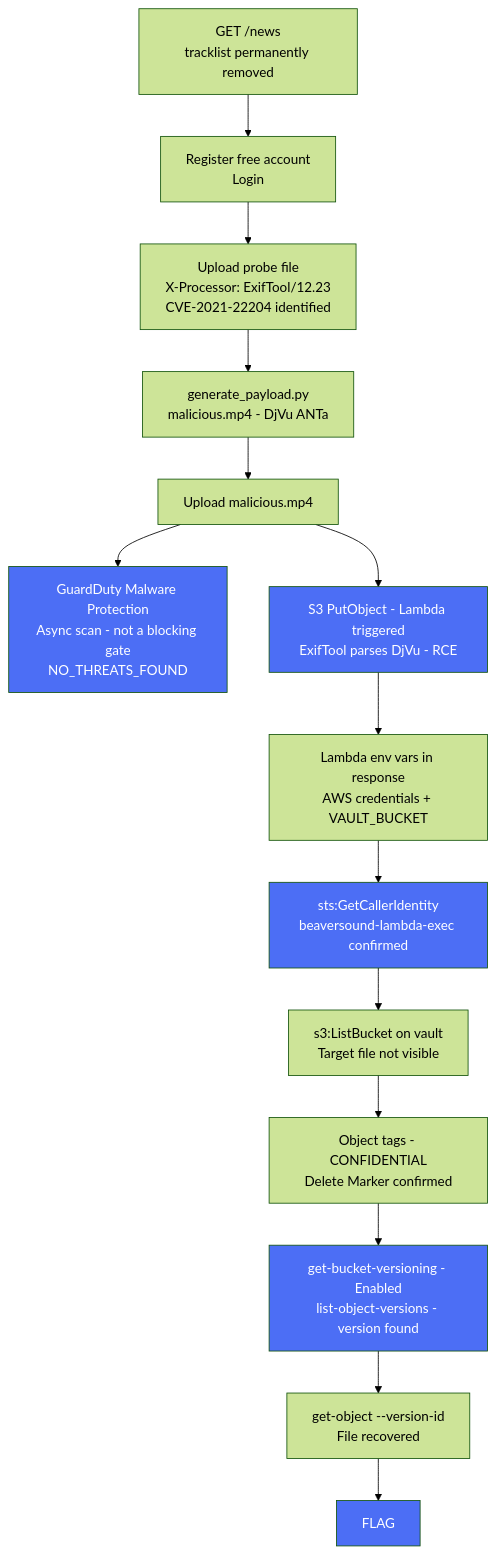
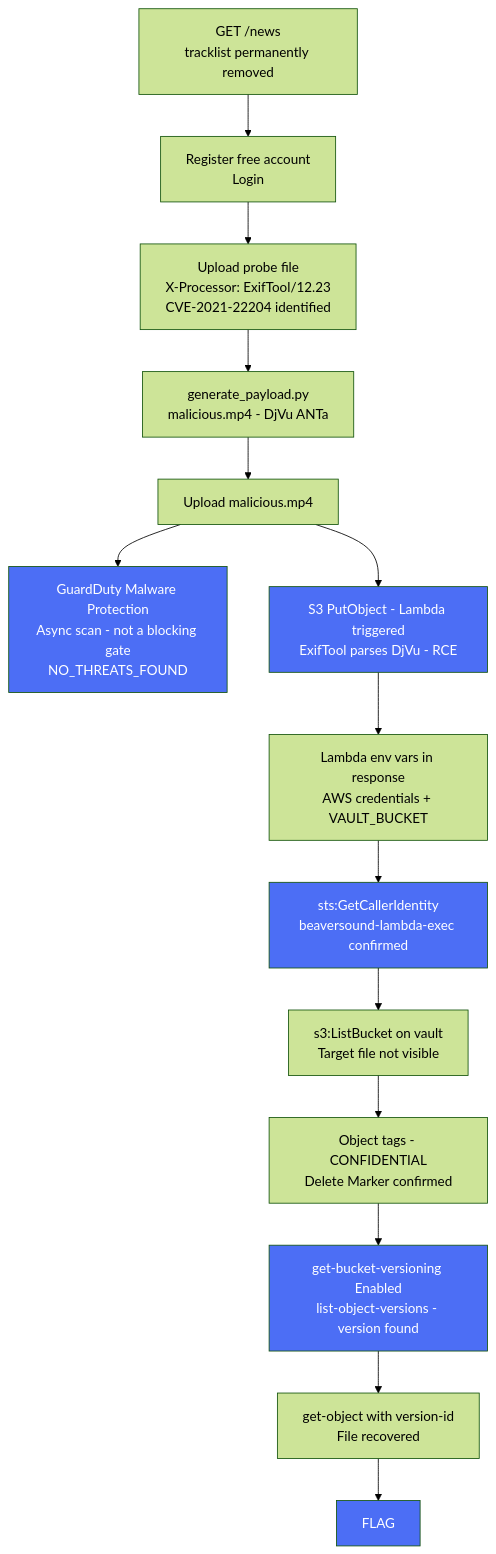
Before and after one commit to Beaver-Dam-Community/GnawLab: the diagram in scenarios/aws/07-cve/hidden-track/README.md, drawn with Mermaid (forest theme).

Commit message:
fix: wrap mermaid nodes in quotes and remove special chars

````diff
--- a/scenarios/aws/07-cve/hidden-track/README.md
+++ b/scenarios/aws/07-cve/hidden-track/README.md
@@ -72,22 +72,22 @@
 ```mermaid
 flowchart TB
-    A[GET /news<br/>tracklist permanently removed] --> B[Register free account<br/>Login]
-    B --> C[Upload probe file<br/>X-Processor: ExifTool/12.23<br/>CVE-2021-22204 identified]
-    C --> D[generate_payload.py<br/>malicious.mp4 - DjVu ANTa]
-    D --> E[Upload malicious.mp4]
-    E --> F[GuardDuty Malware Protection<br/>Async scan - not a blocking gate<br/>NO_THREATS_FOUND]
-    E --> G[S3 PutObject - Lambda triggered<br/>ExifTool parses DjVu - RCE]
-    G --> H[Lambda env vars in response<br/>AWS credentials + VAULT_BUCKET]
-    H --> I[sts:GetCallerIdentity<br/>beaversound-lambda-exec confirmed]
-    I --> J[s3:ListBucket on vault<br/>Target file not visible]
-    J --> K[Object tags - CONFIDENTIAL<br/>Delete Marker confirmed]
-    K --> L[get-bucket-versioning - Enabled<br/>list-object-versions - version found]
-    L --> M[get-object --version-id<br/>File recovered]
-    M --> N[FLAG]
+    A["GET /news<br/>tracklist permanently removed"] --> B["Register free account<br/>Login"]
+    B --> C["Upload probe file<br/>X-Processor: ExifTool/12.23<br/>CVE-2021-22204 identified"]
+    C --> D["generate_payload.py<br/>malicious.mp4 - DjVu ANTa"]
+    D --> E["Upload malicious.mp4"]
+    E --> F["GuardDuty Malware Protection<br/>Async scan - not a blocking gate<br/>NO_THREATS_FOUND"]
+    E --> G["S3 PutObject - Lambda triggered<br/>ExifTool parses DjVu - RCE"]
+    G --> H["Lambda env vars in response<br/>AWS credentials + VAULT_BUCKET"]
+    H --> I["sts:GetCallerIdentity<br/>beaversound-lambda-exec confirmed"]
+    I --> J["s3:ListBucket on vault<br/>Target file not visible"]
+    J --> K["Object tags - CONFIDENTIAL<br/>Delete Marker confirmed"]
+    K --> L["get-bucket-versioning Enabled<br/>list-object-versions - version found"]
+    L --> M["get-object with version-id<br/>File recovered"]
+    M --> N["FLAG"]
 
     style F fill:#4c6ef5,color:#fff
     style G fill:#4c6ef5,color:#fff
     style I fill:#4c6ef5,color:#fff
     style L fill:#4c6ef5,color:#fff
     style N fill:#4c6ef5,color:#fff
 ```
````
